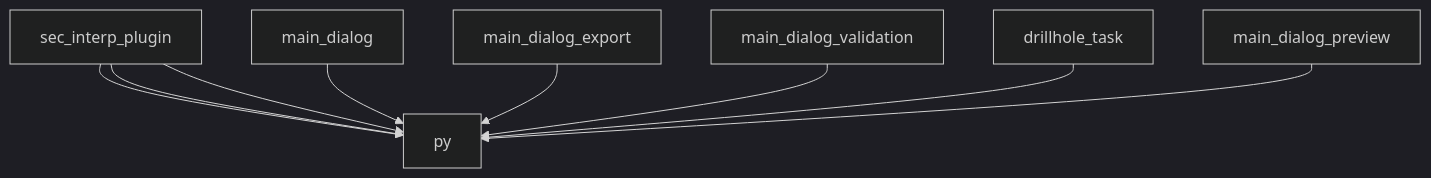
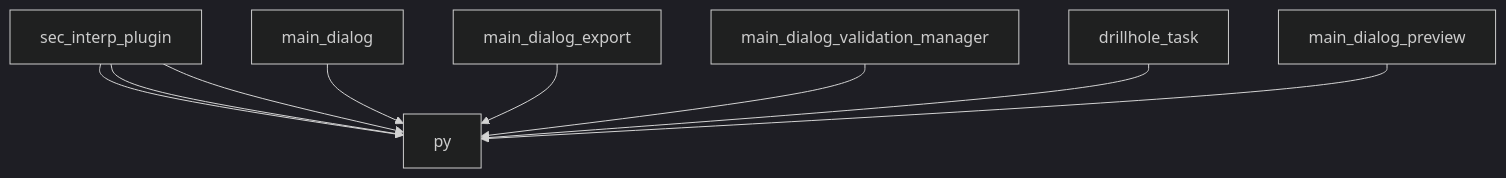
Before and after one commit to geociencio/sec_interp: the diagram in AI_CONTEXT.md, drawn with Mermaid (dark theme). The commit also changed other lines of this file and 11 other files, not shown here.

Commit message:
refactor(gui): implement declarative validation manager for main dialog

````diff
--- a/AI_CONTEXT.md
+++ b/AI_CONTEXT.md
@@ -115,11 +115,11 @@
 ```mermaid
 graph TD
     sec_interp_plugin --> py
     sec_interp_plugin --> py
     sec_interp_plugin --> py
     main_dialog --> py
     main_dialog_export --> py
-    main_dialog_validation --> py
+    main_dialog_validation_manager --> py
     drillhole_task --> py
     main_dialog_preview --> py
 ```
````
